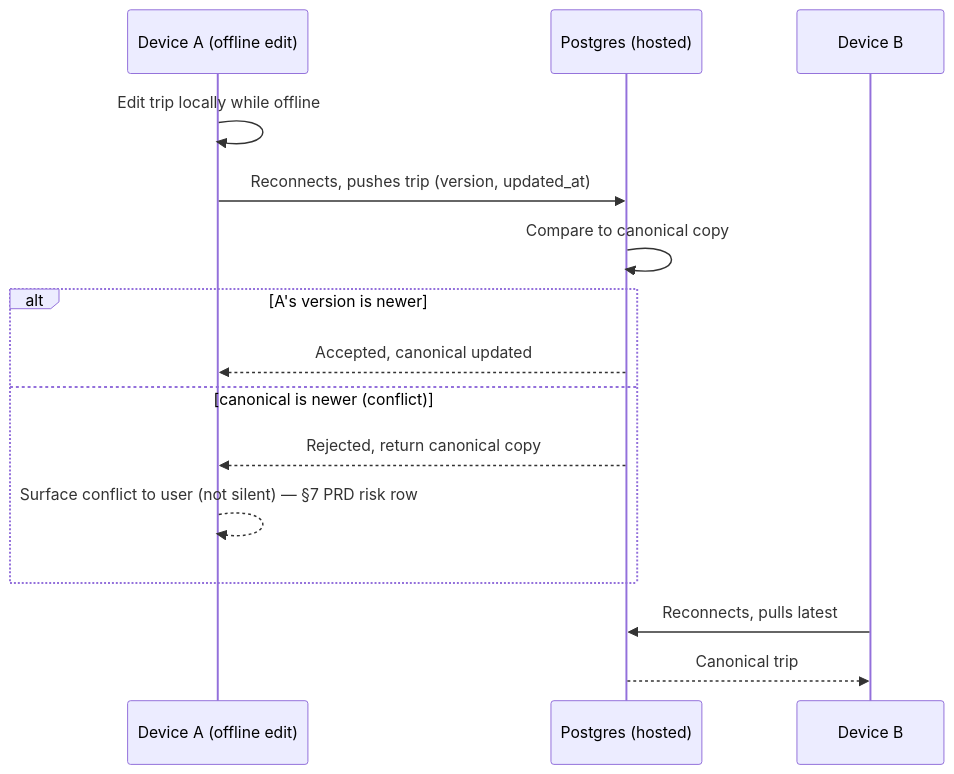
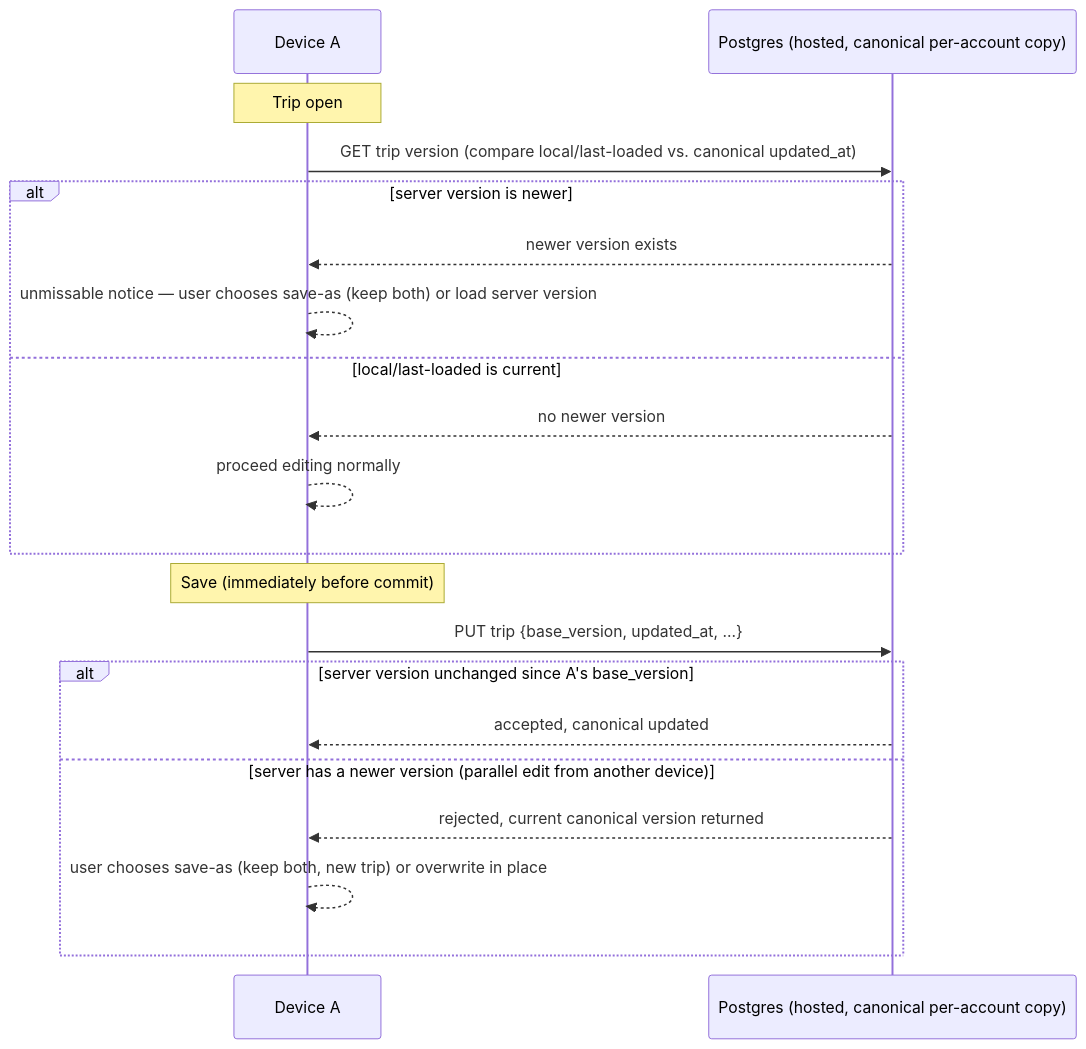
The fifth of 12 diagrams in ARCHITECTURE.md (gnfrazier/cycling-tour-planner), drawn with Mermaid before and after one commit. The commit also changed other lines of this file, not shown here.

Commit message:
Update architechture to align with PRD updates.

````diff
--- a/ARCHITECTURE.md
+++ b/ARCHITECTURE.md
@@ -233,18 +251,24 @@
 ```mermaid
 sequenceDiagram
-    participant A as Device A (offline edit)
-    participant P as Postgres (hosted)
-    participant B as Device B
+    participant A as Device A
+    participant P as Postgres (hosted, canonical per-account copy)
 
-    A->>A: Edit trip locally while offline
-    A->>P: Reconnects, pushes trip (version, updated_at)
-    P->>P: Compare to canonical copy
-    alt A's version is newer
-        P-->>A: Accepted, canonical updated
-    else canonical is newer (conflict)
-        P-->>A: Rejected, return canonical copy
-        A-->>A: Surface conflict to user (not silent) — §7 PRD risk row
+    Note over A: Trip open
+    A->>P: GET trip version (compare local/last-loaded vs. canonical updated_at)
+    alt server version is newer
+        P-->>A: newer version exists
+        A-->>A: unmissable notice — user chooses save-as (keep both) or load server version
+    else local/last-loaded is current
+        P-->>A: no newer version
+        A-->>A: proceed editing normally
     end
-    B->>P: Reconnects, pulls latest
-    P-->>B: Canonical trip
+
+    Note over A: Save (immediately before commit)
+    A->>P: PUT trip {base_version, updated_at, ...}
+    alt server version unchanged since A's base_version
+        P-->>A: accepted, canonical updated
+    else server has a newer version (parallel edit from another device)
+        P-->>A: rejected, current canonical version returned
+        A-->>A: user chooses save-as (keep both, new trip) or overwrite in place
+    end
 ```
````
